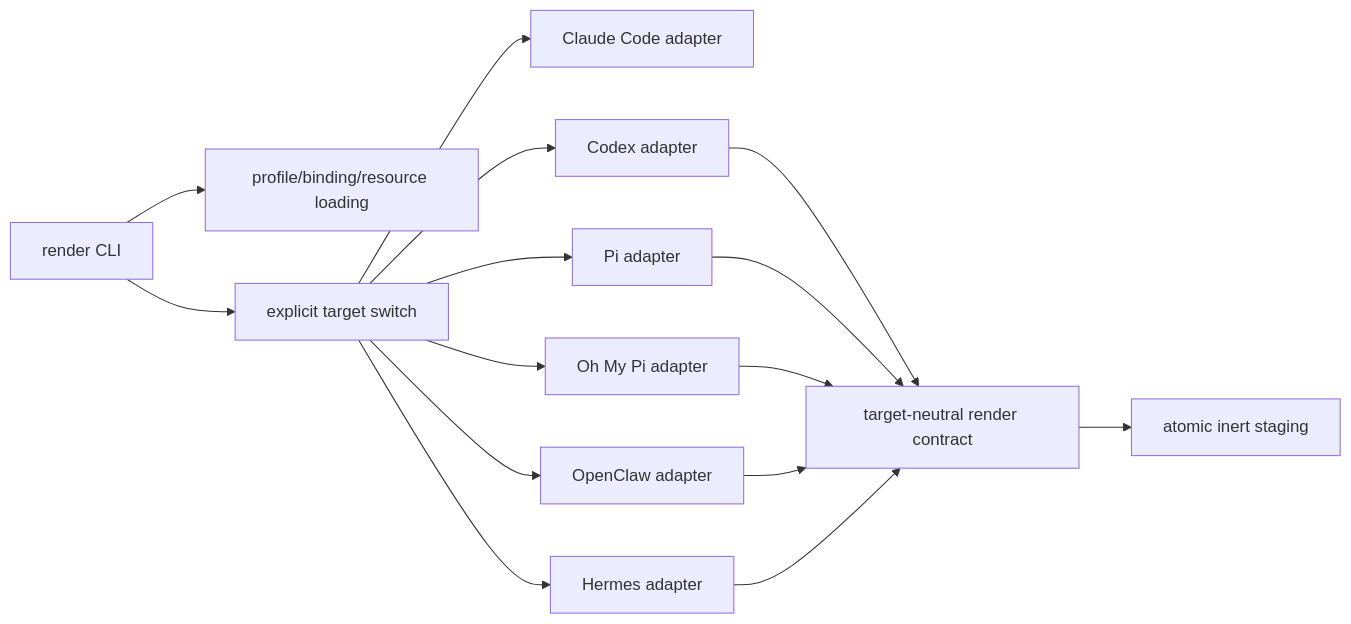
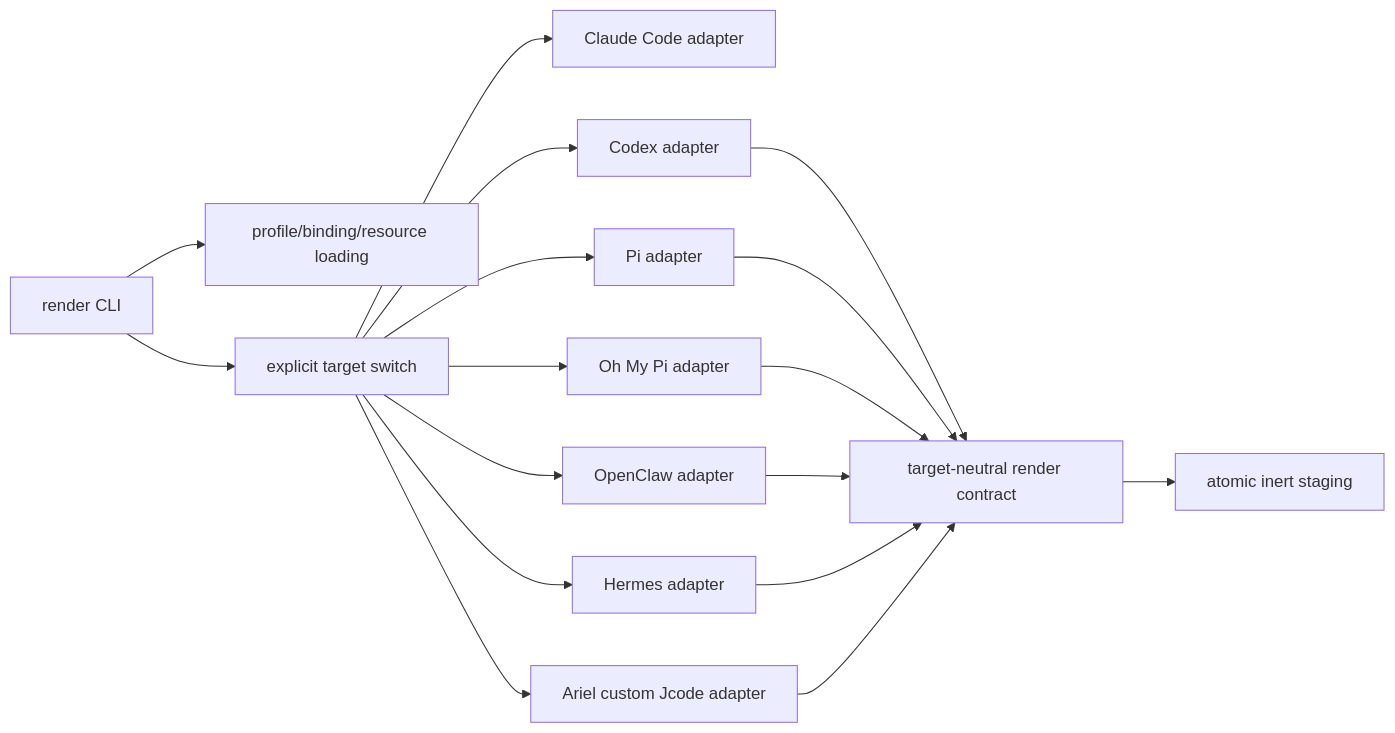
One commit to ariel-frischer/profile-mango changed the diagram in docs/dev/adapter-architecture.md. Above: the diagram before and after it, drawn with Mermaid. The commit also changed other lines of this file and 17 other files, not shown here.

Commit message:
Add experimental Ariel custom Jcode adapter

````diff
--- a/docs/dev/adapter-architecture.md
+++ b/docs/dev/adapter-architecture.md
@@ -9,17 +9,19 @@
 ```mermaid
 flowchart LR
     CLI[render CLI] --> LOAD[profile/binding/resource loading]
     CLI --> DISPATCH[explicit target switch]
     DISPATCH --> CLAUDE[Claude Code adapter]
     DISPATCH --> CODEX[Codex adapter]
     DISPATCH --> PI[Pi adapter]
     DISPATCH --> OMP[Oh My Pi adapter]
     DISPATCH --> OPENCLAW[OpenClaw adapter]
     DISPATCH --> HERMES[Hermes adapter]
+    DISPATCH --> ARIEL[Ariel custom Jcode adapter]
     CODEX --> CONTRACT[target-neutral render contract]
     PI --> CONTRACT
     OMP --> CONTRACT
     OPENCLAW --> CONTRACT
     HERMES --> CONTRACT
+    ARIEL --> CONTRACT
     CONTRACT --> STAGE[atomic inert staging]
 ```
````
